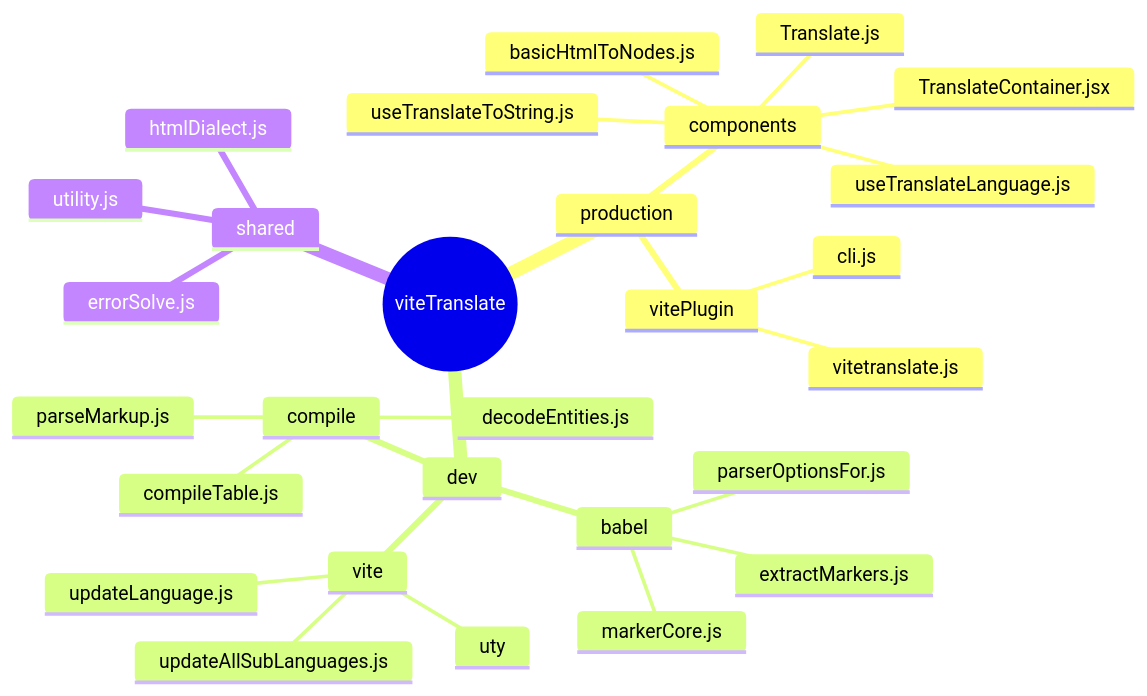
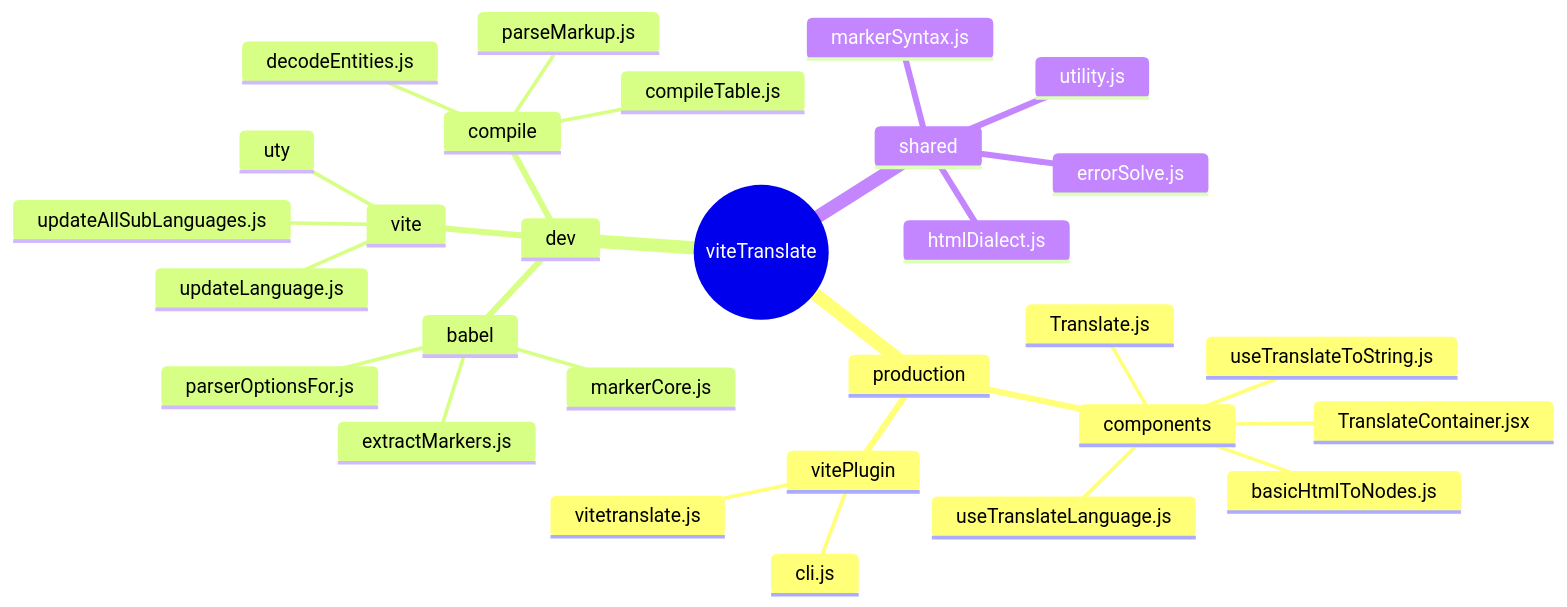
One commit to sepoina/viteTranslate changed the second of 8 diagrams in doc/structure.md. Above: the diagram before and after it, drawn with Mermaid. The commit also changed other lines of this file and 40 other files, not shown here.

````diff
--- a/doc/structure.md
+++ b/doc/structure.md
@@ -82,31 +82,32 @@
 ```mermaid
 mindmap
   root((viteTranslate))
     production
       components
         TranslateContainer.jsx
         Translate.js
         useTranslateLanguage.js
         useTranslateToString.js
         basicHtmlToNodes.js
       vitePlugin
         vitetranslate.js
         cli.js
     dev
       babel
         markerCore.js
         extractMarkers.js
         parserOptionsFor.js
       compile
         compileTable.js
         parseMarkup.js
         decodeEntities.js
       vite
         updateLanguage.js
         updateAllSubLanguages.js
         uty
     shared
       htmlDialect.js
       errorSolve.js
+      markerSyntax.js
       utility.js
 ```
````
